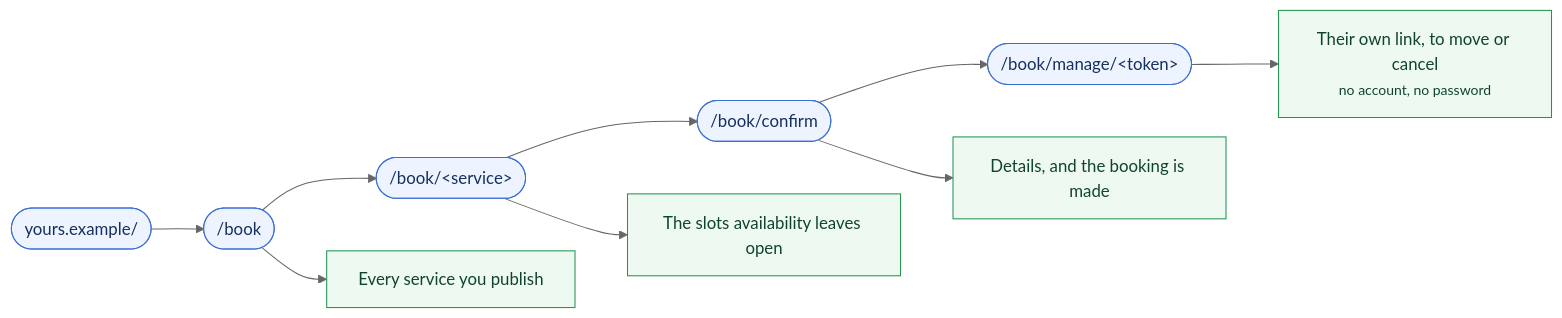
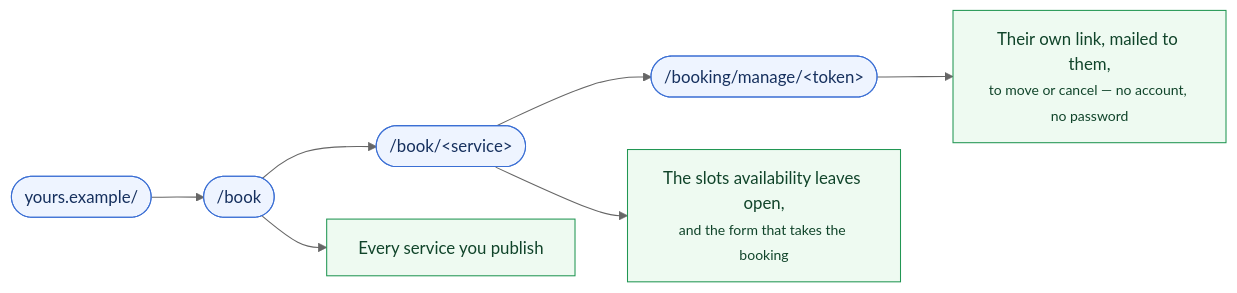
One commit to Sentrello/Sentrello changed the second of 2 diagrams in docs/site/05-modules/booking.md. Above: the diagram before and after it, drawn with Mermaid (neutral theme). The commit also changed 1 other file, not shown here.

Commit message:
docs: the manual gave three addresses no instance answers
A customer following the booking page diagram typed
`yours.example/book/manage/<token>` and `…/book/confirm`. Neither
exists: the manage page is `/booking/manage/<token>`, and confirming is
the form on the service's own page posting back to itself. The Docs
module's page said a file becomes a page at `/intro`, which is true of
no instance — every site hangs off its base path, `/docs` unless the
business moves it, and a version adds a segment in between.

Found by reading the published pages against the routes, which is the
only thing that finds this: a URL in a diagram is a claim, and nothing
checks a diagram.

The nginx block the install page hands out gains a read timeout as well,
with the reason beside it. nginx waits a minute by default and gives up
with its own 504, which cannot say what was happening — and a restore,
an import or an archive run over a few years of records takes longer
than that.

````diff
--- a/docs/site/05-modules/booking.md
+++ b/docs/site/05-modules/booking.md
@@ -60,21 +60,18 @@
 ```mermaid
 flowchart LR
   classDef url fill:#eef4ff,stroke:#3b6fd4,color:#16305e
   classDef leaf fill:#eefaf1,stroke:#219653,color:#10442a
 
   ROOT(["yours.example/"]):::url
   BOOK(["/book"]):::url
   SVC(["/book/&lt;service&gt;"]):::url
-  CONF(["/book/confirm"]):::url
-  MAN(["/book/manage/&lt;token&gt;"]):::url
+  MAN(["/booking/manage/&lt;token&gt;"]):::url
 
   L1["Every service you publish"]:::leaf
-  L2["The slots availability leaves open"]:::leaf
-  L3["Details, and the booking is made"]:::leaf
-  L4["Their own link, to move or cancel<br/><small>no account, no password</small>"]:::leaf
+  L2["The slots availability leaves open,<br/><small>and the form that takes the booking</small>"]:::leaf
+  L4["Their own link, mailed to them,<br/><small>to move or cancel — no account, no password</small>"]:::leaf
 
   ROOT --> BOOK --> L1
   BOOK --> SVC --> L2
-  SVC --> CONF --> L3
-  CONF --> MAN --> L4
+  SVC --> MAN --> L4
 ```
````
